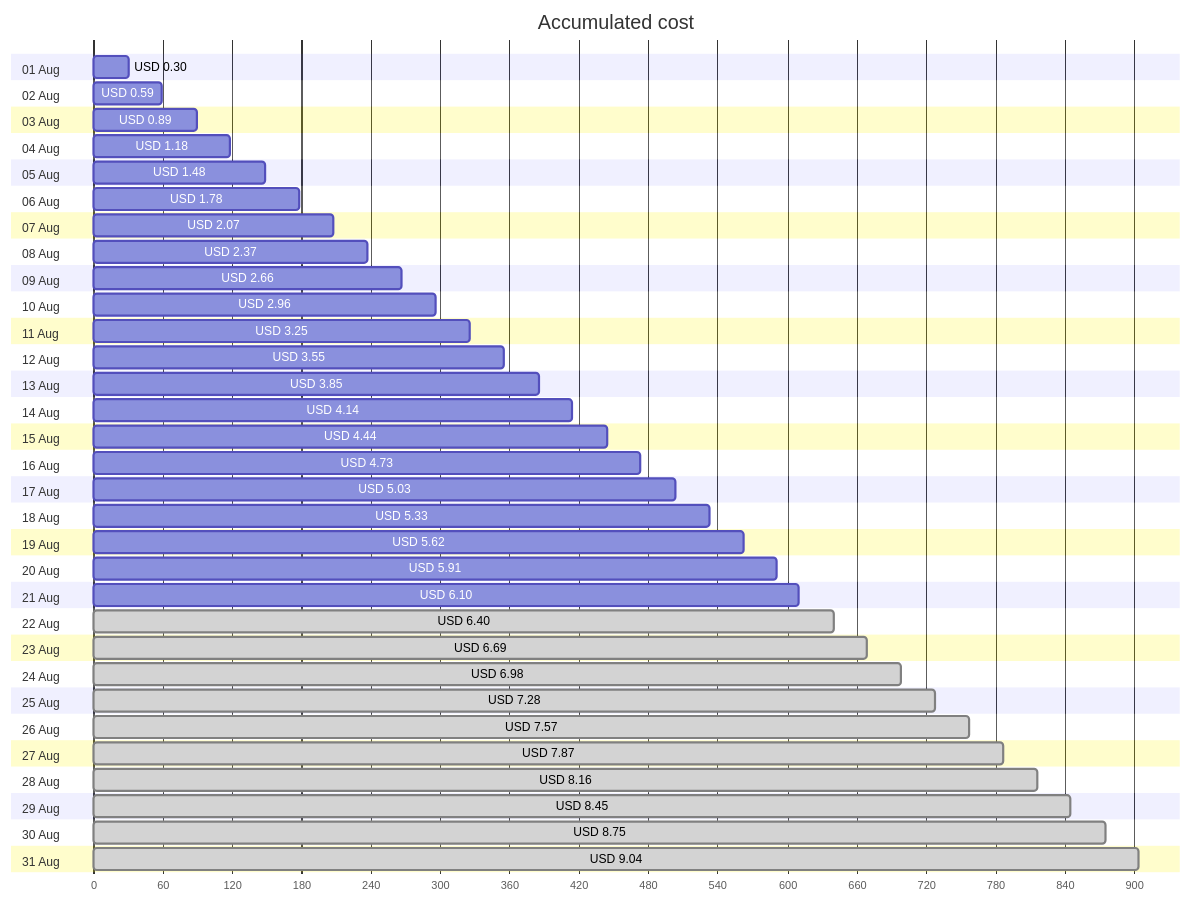
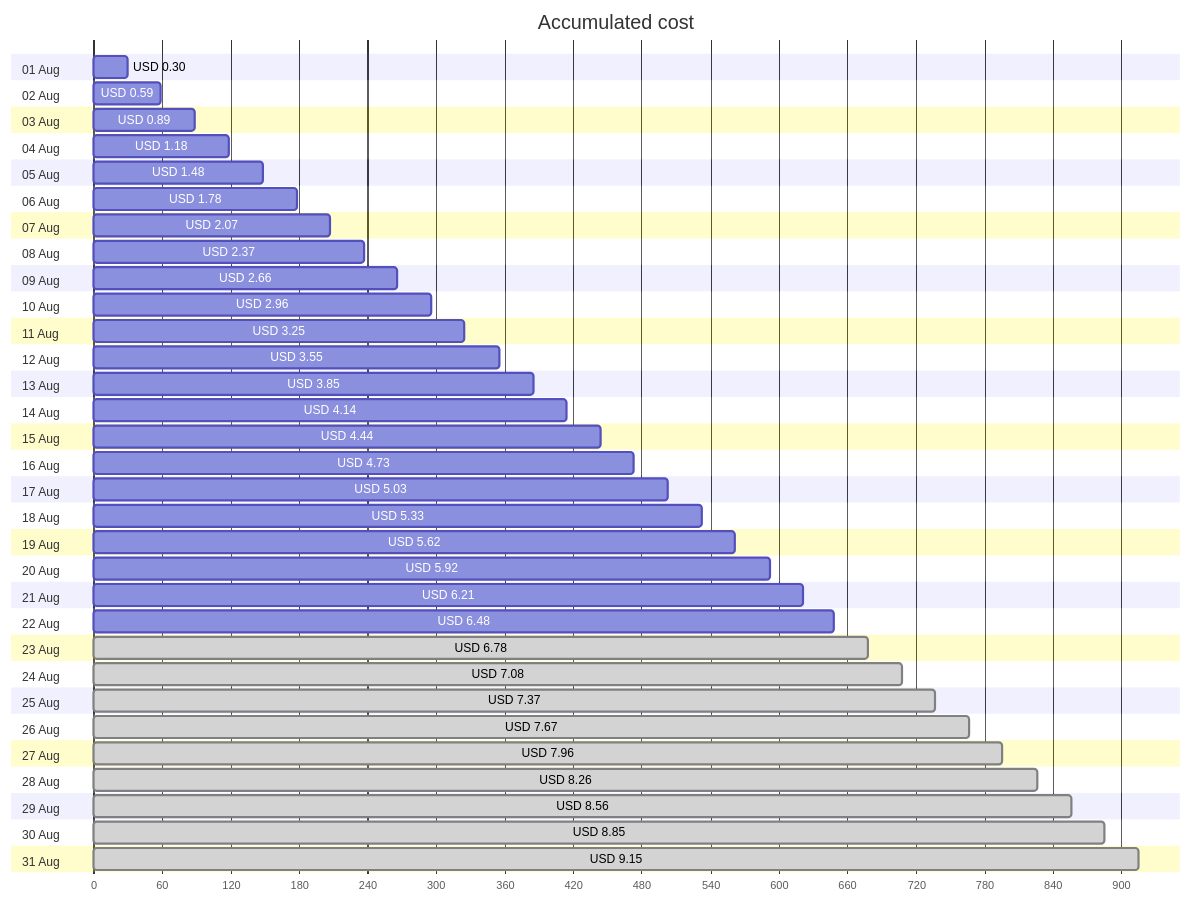
The first of 4 diagrams in cost-reports/personal-site/personal-site-preview.md (jpfulton/azure-personal-reports), drawn with Mermaid before and after one commit. The commit also changed other lines of this file and 6 other files, not shown here.

````diff
--- a/cost-reports/personal-site/personal-site-preview.md
+++ b/cost-reports/personal-site/personal-site-preview.md
@@ -20,68 +20,68 @@
 ```mermaid
 gantt
    title Accumulated cost
    dateFormat  X
    axisFormat %s
    section 01 Aug
    USD 0.30 :0, 30
    section 02 Aug
    USD 0.59 :0, 59
    section 03 Aug
    USD 0.89 :0, 89
    section 04 Aug
    USD 1.18 :0, 118
    section 05 Aug
    USD 1.48 :0, 148
    section 06 Aug
    USD 1.78 :0, 178
    section 07 Aug
    USD 2.07 :0, 207
    section 08 Aug
    USD 2.37 :0, 237
    section 09 Aug
    USD 2.66 :0, 266
    section 10 Aug
    USD 2.96 :0, 296
    section 11 Aug
    USD 3.25 :0, 325
    section 12 Aug
    USD 3.55 :0, 355
    section 13 Aug
    USD 3.85 :0, 385
    section 14 Aug
    USD 4.14 :0, 414
    section 15 Aug
    USD 4.44 :0, 444
    section 16 Aug
    USD 4.73 :0, 473
    section 17 Aug
    USD 5.03 :0, 503
    section 18 Aug
    USD 5.33 :0, 533
    section 19 Aug
    USD 5.62 :0, 562
    section 20 Aug
-   USD 5.91 :0, 591
+   USD 5.92 :0, 592
    section 21 Aug
-   USD 6.10 :0, 610
+   USD 6.21 :0, 621
    section 22 Aug
-   USD 6.40 : done, 0, 640
+   USD 6.48 :0, 648
    section 23 Aug
-   USD 6.69 : done, 0, 669
+   USD 6.78 : done, 0, 678
    section 24 Aug
-   USD 6.98 : done, 0, 698
+   USD 7.08 : done, 0, 708
    section 25 Aug
-   USD 7.28 : done, 0, 728
+   USD 7.37 : done, 0, 737
    section 26 Aug
-   USD 7.57 : done, 0, 757
+   USD 7.67 : done, 0, 767
    section 27 Aug
-   USD 7.87 : done, 0, 787
+   USD 7.96 : done, 0, 796
    section 28 Aug
-   USD 8.16 : done, 0, 816
+   USD 8.26 : done, 0, 826
    section 29 Aug
-   USD 8.45 : done, 0, 845
+   USD 8.56 : done, 0, 856
    section 30 Aug
-   USD 8.75 : done, 0, 875
+   USD 8.85 : done, 0, 885
    section 31 Aug
-   USD 9.04 : done, 0, 904
+   USD 9.15 : done, 0, 915
 ```
````
